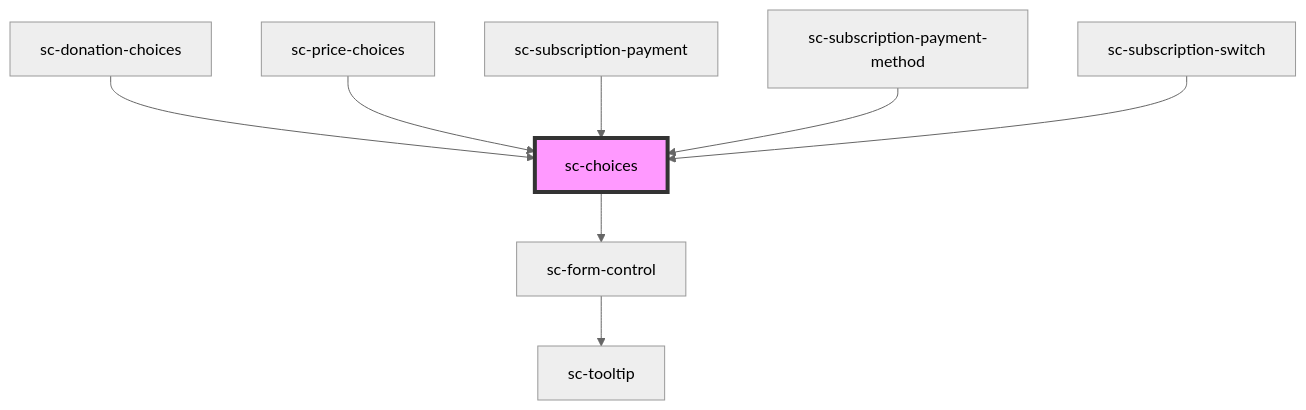
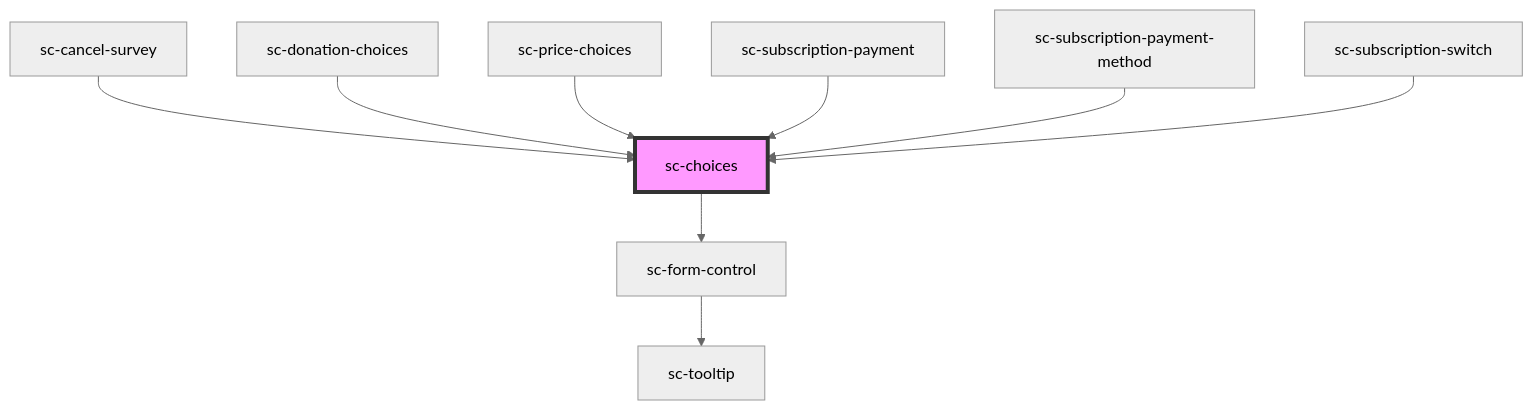
Before and after one commit to surecart/surecart-wp-plugin: the diagram in packages/components/src/components/ui/choices/readme.md, drawn with Mermaid (neutral theme). The commit also changed other lines of this file and 44 other files, not shown here.

````diff
--- a/packages/components/src/components/ui/choices/readme.md
+++ b/packages/components/src/components/ui/choices/readme.md
@@ -62,11 +63,12 @@
 ```mermaid
 graph TD;
   sc-choices --> sc-form-control
   sc-form-control --> sc-tooltip
+  sc-cancel-survey --> sc-choices
   sc-donation-choices --> sc-choices
   sc-price-choices --> sc-choices
   sc-subscription-payment --> sc-choices
   sc-subscription-payment-method --> sc-choices
   sc-subscription-switch --> sc-choices
   style sc-choices fill:#f9f,stroke:#333,stroke-width:4px
 ```
````
